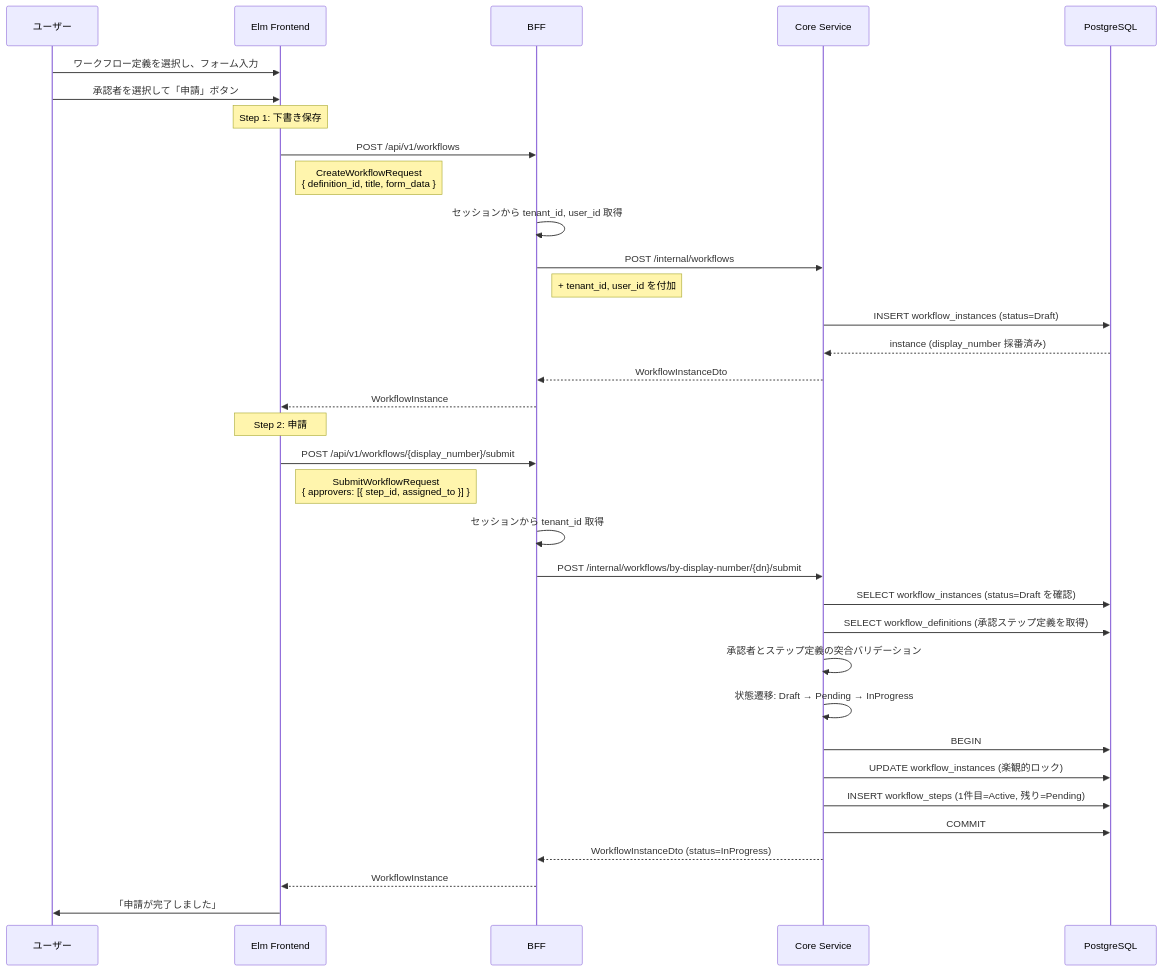
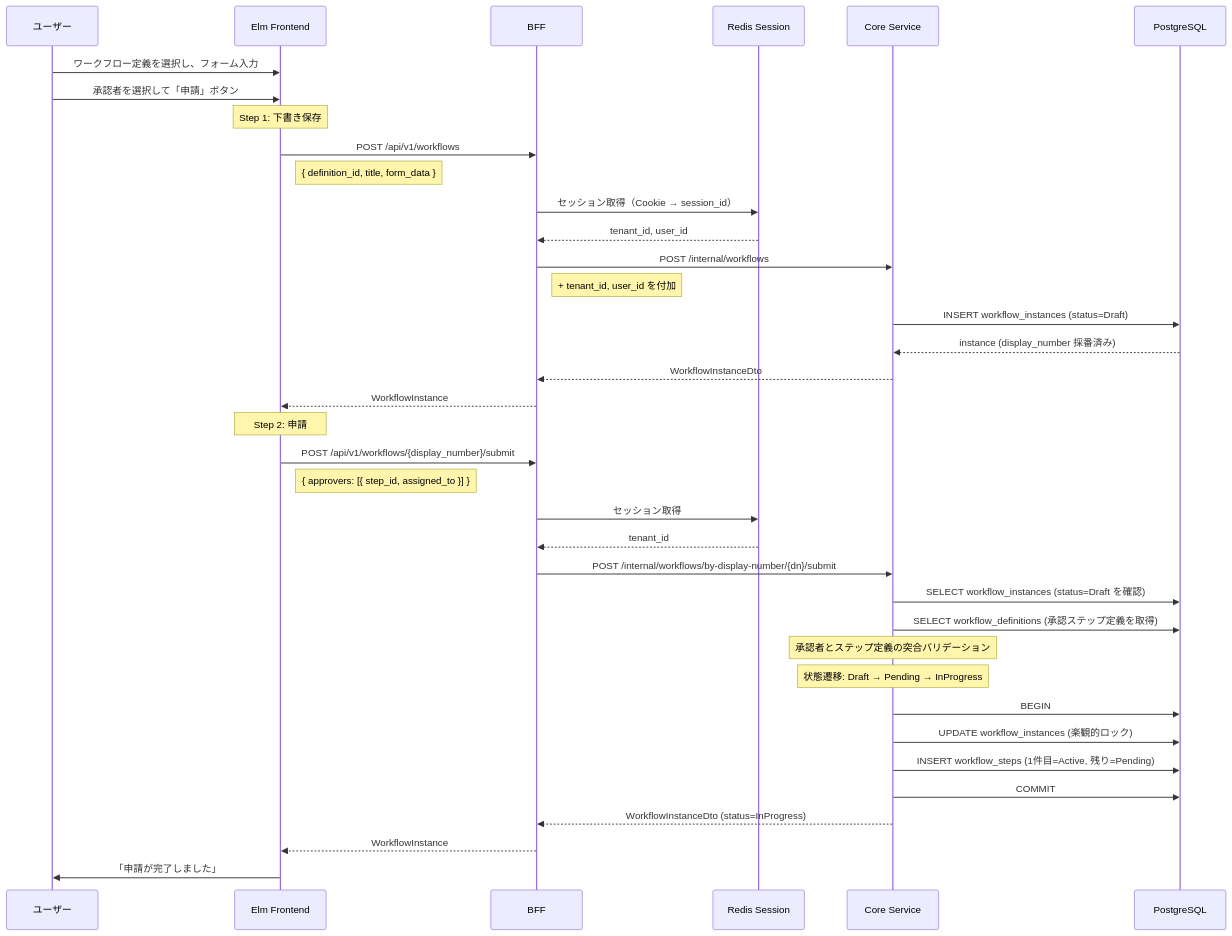
Before and after one commit to ka2kama/ringiflow: the first of 2 diagrams in docs/90_実装解説/ワークフロー/01_申請フロー.md, drawn with Mermaid. The commit also changed 1 other file, not shown here.

Commit message:
#1128 Improve sequence diagrams: explicit participants, internal flow
- Replace self-messages with explicit Redis Session and notification
  participants across all E2E sequence diagrams
- Add Core Service internal layer flow diagram showing
  Handler → UseCase → Domain → Repository interactions
- Apply same improvements to 01_申請フロー.md for consistency

````diff
--- a/docs/90_実装解説/ワークフロー/01_申請フロー.md
+++ b/docs/90_実装解説/ワークフロー/01_申請フロー.md
@@ -14,39 +14,42 @@
 ```mermaid
 sequenceDiagram
     participant U as ユーザー
     participant Elm as Elm Frontend
     participant BFF as BFF
+    participant Redis as Redis Session
     participant Core as Core Service
     participant DB as PostgreSQL
 
     U->>Elm: ワークフロー定義を選択し、フォーム入力
     U->>Elm: 承認者を選択して「申請」ボタン
 
     Note over Elm: Step 1: 下書き保存
     Elm->>BFF: POST /api/v1/workflows
-    Note right of Elm: CreateWorkflowRequest<br/>{ definition_id, title, form_data }
-    BFF->>BFF: セッションから tenant_id, user_id 取得
+    Note right of Elm: { definition_id, title, form_data }
+    BFF->>Redis: セッション取得（Cookie → session_id）
+    Redis-->>BFF: tenant_id, user_id
     BFF->>Core: POST /internal/workflows
     Note right of BFF: + tenant_id, user_id を付加
     Core->>DB: INSERT workflow_instances (status=Draft)
     DB-->>Core: instance (display_number 採番済み)
     Core-->>BFF: WorkflowInstanceDto
     BFF-->>Elm: WorkflowInstance
 
     Note over Elm: Step 2: 申請
     Elm->>BFF: POST /api/v1/workflows/{display_number}/submit
-    Note right of Elm: SubmitWorkflowRequest<br/>{ approvers: [{ step_id, assigned_to }] }
-    BFF->>BFF: セッションから tenant_id 取得
+    Note right of Elm: { approvers: [{ step_id, assigned_to }] }
+    BFF->>Redis: セッション取得
+    Redis-->>BFF: tenant_id
     BFF->>Core: POST /internal/workflows/by-display-number/{dn}/submit
     Core->>DB: SELECT workflow_instances (status=Draft を確認)
     Core->>DB: SELECT workflow_definitions (承認ステップ定義を取得)
-    Core->>Core: 承認者とステップ定義の突合バリデーション
-    Core->>Core: 状態遷移: Draft → Pending → InProgress
+    Note over Core: 承認者とステップ定義の突合バリデーション
+    Note over Core: 状態遷移: Draft → Pending → InProgress
     Core->>DB: BEGIN
     Core->>DB: UPDATE workflow_instances (楽観的ロック)
     Core->>DB: INSERT workflow_steps (1件目=Active, 残り=Pending)
     Core->>DB: COMMIT
     Core-->>BFF: WorkflowInstanceDto (status=InProgress)
     BFF-->>Elm: WorkflowInstance
     Elm->>U: 「申請が完了しました」
 ```
````
